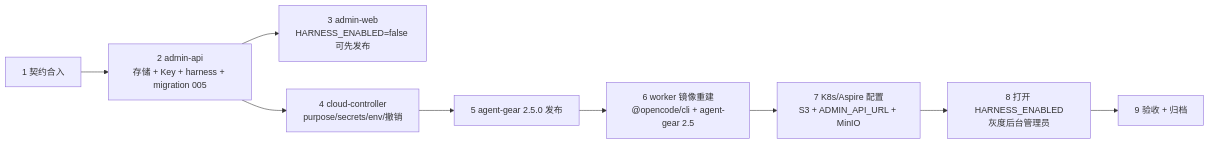
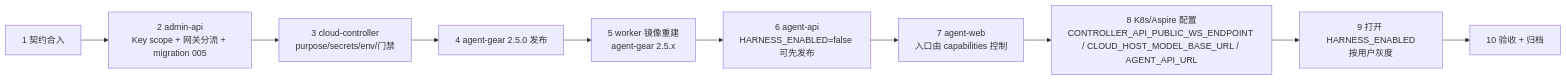
Before and after one commit to Deliay/z-agent-gear: the sixth of 6 diagrams in docs/engineering/plan/20261020-feat-container-harness-support.md, drawn with Mermaid. The commit also changed other lines of this file and 1 other file, not shown here.

Commit message:
docs(plan): 容器启动任务支持 harness 类型实现计划 v2.0（按 PRD/提案 v3.0 整体重排：前台云主机/主机同构/标准会话）

````diff
--- a/docs/engineering/plan/20261020-feat-container-harness-support.md
+++ b/docs/engineering/plan/20261020-feat-container-harness-support.md
@@ -797,11 +807,12 @@
 ```mermaid
 flowchart LR
-    A[1 契约合入] --> B[2 admin-api<br/>存储 + Key + harness + migration 005]
-    B --> C[3 admin-web<br/>HARNESS_ENABLED=false 可先发布]
-    B --> D[4 cloud-controller<br/>purpose/secrets/env/撤销]
-    D --> E[5 agent-gear 2.5.0 发布]
-    E --> F[6 worker 镜像重建<br/>@opencode/cli + agent-gear 2.5]
-    F --> G[7 K8s/Aspire 配置<br/>S3 + ADMIN_API_URL + MinIO]
-    G --> H[8 打开 HARNESS_ENABLED<br/>灰度后台管理员]
-    H --> I[9 验收 + 归档]
+    A[1 契约合入] --> B[2 admin-api<br/>Key scope + 网关分流 + migration 005]
+    B --> C[3 cloud-controller<br/>purpose/secrets/env/门禁]
+    C --> D[4 agent-gear 2.5.0 发布]
+    D --> E[5 worker 镜像重建<br/>agent-gear 2.5.x]
+    E --> F[6 agent-api<br/>HARNESS_ENABLED=false 可先发布]
+    F --> G[7 agent-web<br/>入口由 capabilities 控制]
+    G --> H[8 K8s/Aspire 配置<br/>CONTROLLER_API_PUBLIC_WS_ENDPOINT / CLOUD_HOST_MODEL_BASE_URL / AGENT_API_URL]
+    H --> I[9 打开 HARNESS_ENABLED<br/>按用户灰度]
+    I --> J[10 验收 + 归档]
 ```
````
